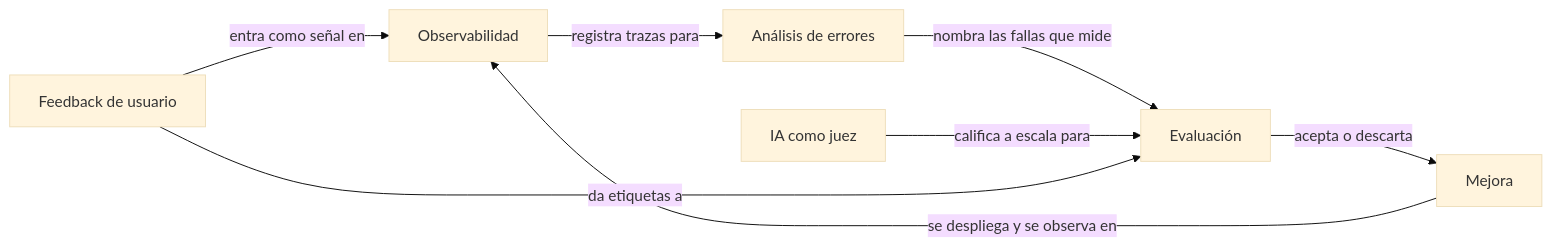
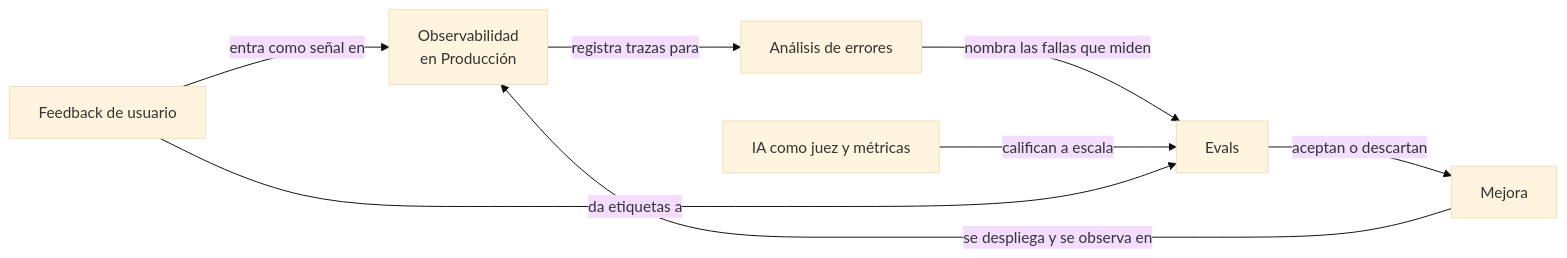
The diagram in IA/Evaluacion/evaluacion.md (mtsdlf/conocimiento), drawn with Mermaid (base theme) before and after one commit. The commit also changed other lines of this file and 53 other files, not shown here.

````diff
--- a/IA/Evaluacion/evaluacion.md
+++ b/IA/Evaluacion/evaluacion.md
@@ -40,10 +60,10 @@
 ```mermaid
 flowchart LR
-  O[Observabilidad] -->|registra trazas para| A[Análisis de errores]
-  A -->|nombra las fallas que mide| E[Evaluación]
-  J[IA como juez] -->|califica a escala para| E
-  E -->|acepta o descarta| M[Mejora]
+  O[Observabilidad<br/>en Producción] -->|registra trazas para| A[Análisis de errores]
+  A -->|nombra las fallas que miden| E[Evals]
+  J[IA como juez y métricas] -->|califican a escala| E
+  E -->|aceptan o descartan| M[Mejora]
   M -->|se despliega y se observa en| O
   F[Feedback de usuario] -->|entra como señal en| O
   F -->|da etiquetas a| E
 ```
````
